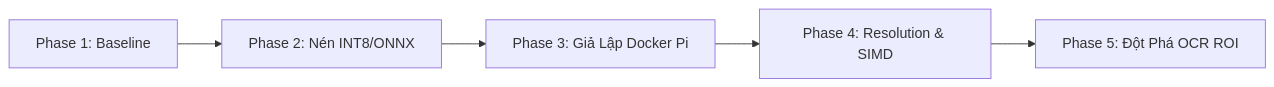
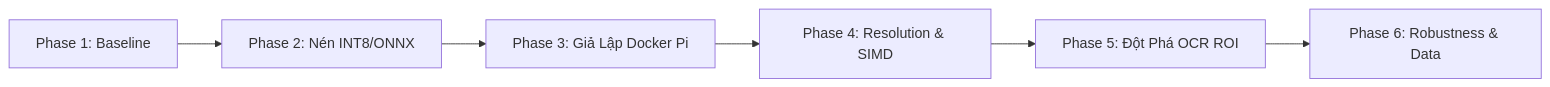
One commit to khanhleFS/SecuriyGate changed the diagram in research/README.md. Above: the diagram before and after it, drawn with Mermaid. The commit also changed other lines of this file and 2 other files, not shown here.

Commit message:
[RESEARCH] init phase 6

````diff
--- a/research/README.md
+++ b/research/README.md
@@ -11,7 +11,8 @@
 ```mermaid
 graph LR
     P1[Phase 1: Baseline] --> P2[Phase 2: Nén INT8/ONNX]
     P2 --> P3[Phase 3: Giả Lập Docker Pi]
     P3 --> P4[Phase 4: Resolution & SIMD]
     P4 --> P5[Phase 5: Đột Phá OCR ROI]
+    P5 --> P6[Phase 6: Robustness & Data]
 ```
````
